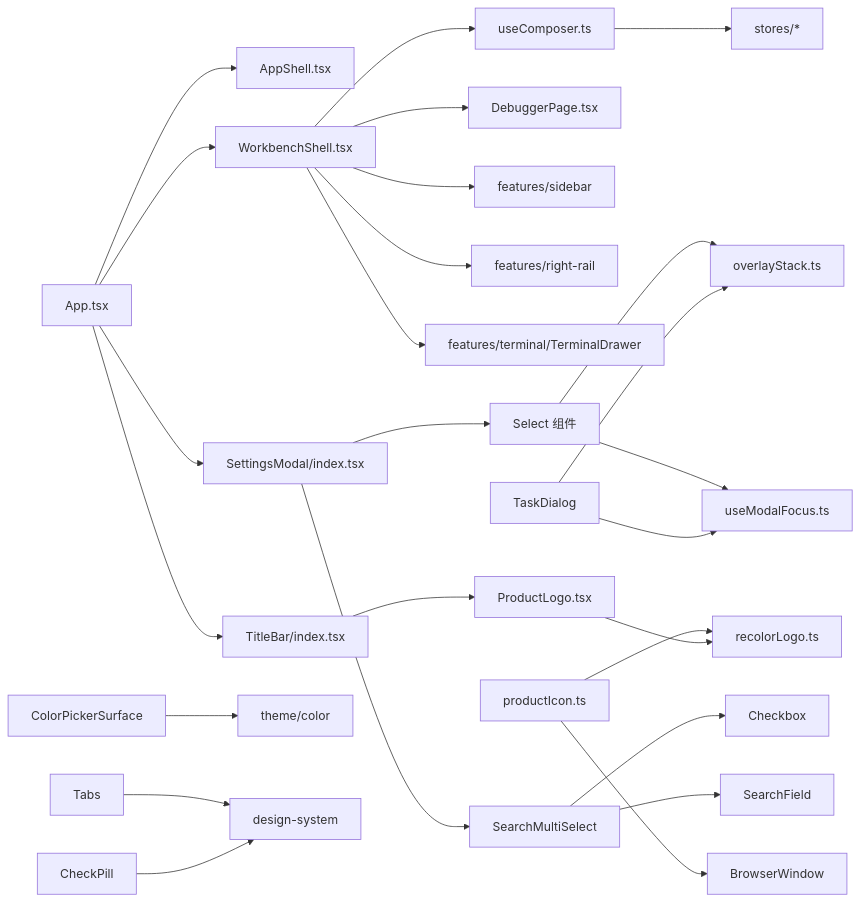
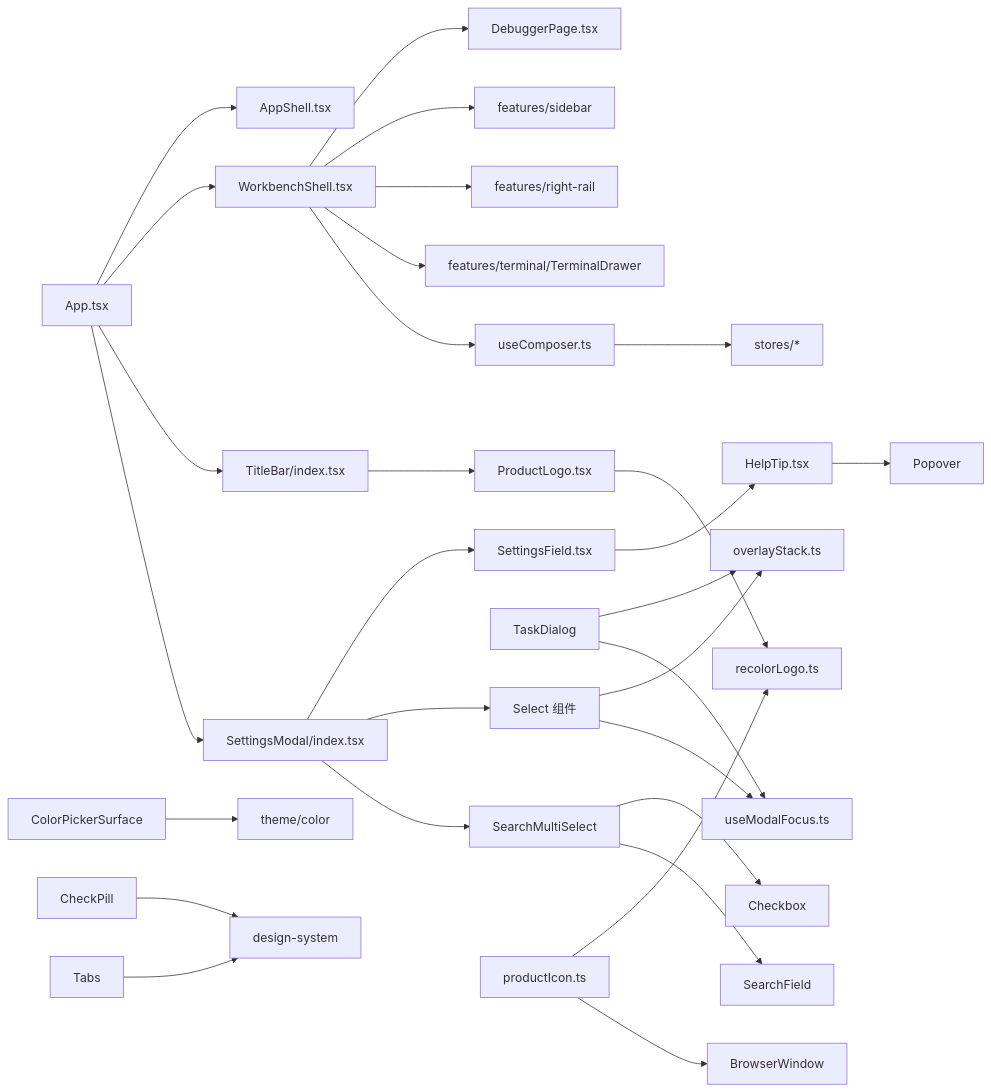
Before and after one commit to haolange/RDC-Agent: diagram 13 of 13 in .qoder/repowiki/zh/content/用户界面/用户界面.md, drawn with Mermaid. The commit also changed other lines of this file and 71 other files, not shown here.

````diff
--- a/.qoder/repowiki/zh/content/用户界面/用户界面.md
+++ b/.qoder/repowiki/zh/content/用户界面/用户界面.md
@@ -574,28 +681,31 @@
 ```mermaid
 graph LR
 App["App.tsx"] --> Shell["AppShell.tsx"]
 App --> Workbench["WorkbenchShell.tsx"]
 App --> Title["TitleBar/index.tsx"]
 Title --> ProductLogo["ProductLogo.tsx"]
 ProductLogo --> ReColor["recolorLogo.ts"]
 App --> Settings["SettingsModal/index.tsx"]
+Settings --> SettingsField["SettingsField.tsx"]
+SettingsField --> HelpTip["HelpTip.tsx"]
+HelpTip --> Popover["Popover"]
 Workbench --> Transcript["DebuggerPage.tsx"]
 Workbench --> Sidebar["features/sidebar"]
 Workbench --> RightRail["features/right-rail"]
 Workbench --> Terminal["features/terminal/TerminalDrawer"]
 Workbench --> Composer["useComposer.ts"]
 Composer --> Stores["stores/*"]
 TaskDialog --> OverlayStack["overlayStack.ts"]
 TaskDialog --> ModalFocus["useModalFocus.ts"]
 ColorPickerSurface --> Theme["theme/color"]
 CheckPill --> DesignSystem["design-system"]
 Tabs --> DesignSystem
 Settings --> Select["Select 组件"]
 Settings --> SearchMultiSelect["SearchMultiSelect"]
 Select --> OverlayStack
 Select --> ModalFocus
 SearchMultiSelect --> Checkbox["Checkbox"]
 SearchMultiSelect --> SearchField["SearchField"]
 Main["productIcon.ts"] --> ReColor
 Main --> Window["BrowserWindow"]
 ```
````
